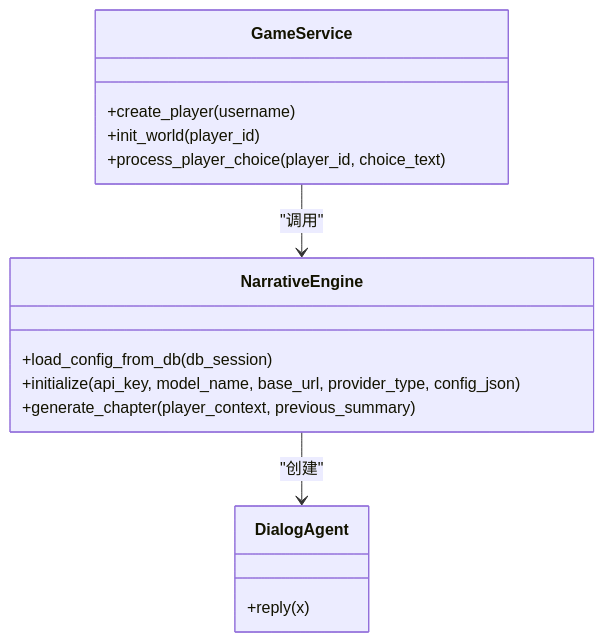
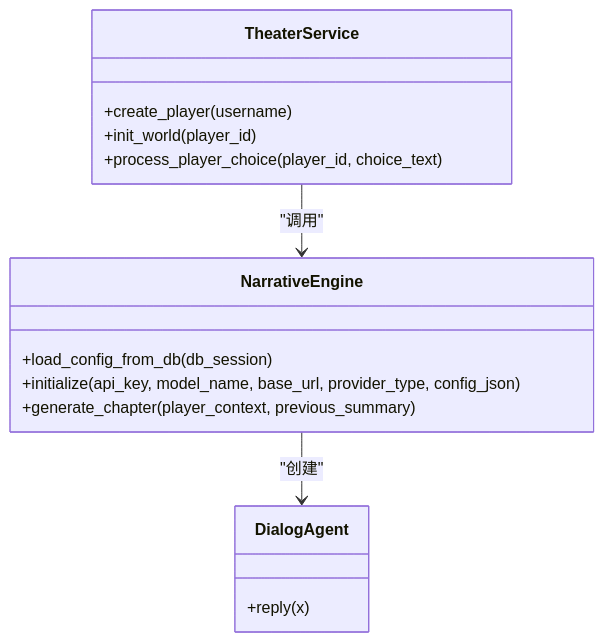
One commit to KunLabAI/KunFlix changed the fifth of 9 diagrams in .qoder/repowiki/zh/content/项目概述/技术栈与架构概览.md. Above: the diagram before and after it, drawn with Mermaid. The commit also changed other lines of this file and 112 other files, not shown here.

````diff
--- a/.qoder/repowiki/zh/content/项目概述/技术栈与架构概览.md
+++ b/.qoder/repowiki/zh/content/项目概述/技术栈与架构概览.md
@@ -291,18 +291,18 @@
 ```mermaid
 classDiagram
-class GameService {
+class TheaterService {
 +create_player(username)
 +init_world(player_id)
 +process_player_choice(player_id, choice_text)
 }
 class NarrativeEngine {
 +load_config_from_db(db_session)
 +initialize(api_key, model_name, base_url, provider_type, config_json)
 +generate_chapter(player_context, previous_summary)
 }
 class DialogAgent {
 +reply(x)
 }
-GameService --> NarrativeEngine : "调用"
+TheaterService --> NarrativeEngine : "调用"
 NarrativeEngine --> DialogAgent : "创建"
 ```
````
